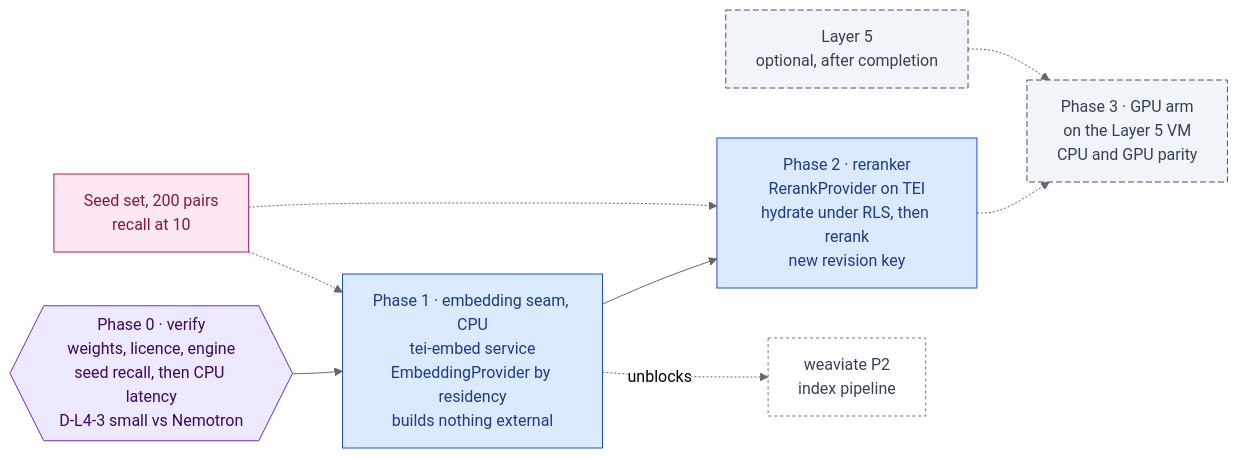
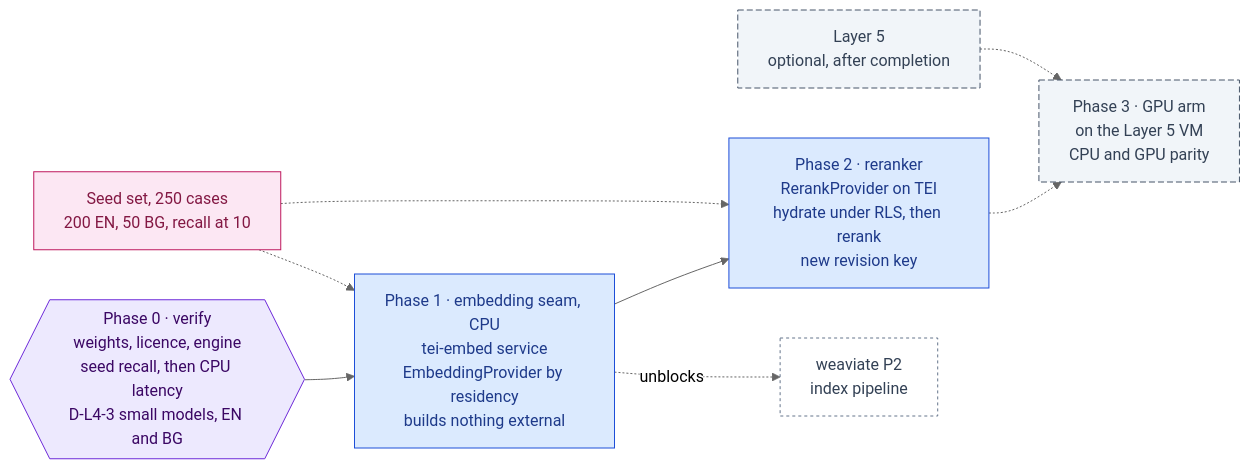
One commit to RodnaPamet/inflect-compliance changed the diagram in docs/ai-architecture/nemotron-retriever.md. Above: the diagram before and after it, drawn with Mermaid (neutral theme). The commit also changed other lines of this file and 7 other files, not shown here.

````diff
--- a/docs/ai-architecture/nemotron-retriever.md
+++ b/docs/ai-architecture/nemotron-retriever.md
@@ -30,23 +30,23 @@
 ```mermaid
 flowchart LR
-  P0{{"Phase 0 · verify<br/>weights, licence, engine<br/>seed recall, then CPU latency<br/>D-L4-3 small vs Nemotron"}}:::gate
+  P0{{"Phase 0 · verify<br/>weights, licence, engine<br/>seed recall, then CPU latency<br/>D-L4-3 small models, EN and BG"}}:::gate
   P1["Phase 1 · embedding seam, CPU<br/>tei-embed service<br/>EmbeddingProvider by residency<br/>builds nothing external"]:::todo
   P2["Phase 2 · reranker<br/>RerankProvider on TEI<br/>hydrate under RLS, then rerank<br/>new revision key"]:::todo
   P3["Phase 3 · GPU arm<br/>on the Layer 5 VM<br/>CPU and GPU parity"]:::optional
-  SEED["Seed set, 200 pairs<br/>recall at 10"]:::eval
+  SEED["Seed set, 250 cases<br/>200 EN, 50 BG, recall at 10"]:::eval
   MOD["Layer 5<br/>optional, after completion"]:::optional
   WV["weaviate P2<br/>index pipeline"]:::ext
   P0 --> P1 --> P2
   P2 -.-> P3
   SEED -.-> P1
   SEED -.-> P2
   MOD -.-> P3
   P1 -.->|unblocks| WV
 
   classDef done fill:#d1fae5,stroke:#047857,color:#064e3b
   classDef todo fill:#dbeafe,stroke:#1d4ed8,color:#1e3a8a
   classDef gate fill:#ede9fe,stroke:#6d28d9,color:#3b0764
   classDef ext fill:#ffffff,stroke:#64748b,color:#334155,stroke-dasharray:3 3
   classDef eval fill:#fce7f3,stroke:#be185d,color:#831843
   classDef optional fill:#f1f5f9,stroke:#475569,color:#334155,stroke-dasharray:6 3
 ```
````
